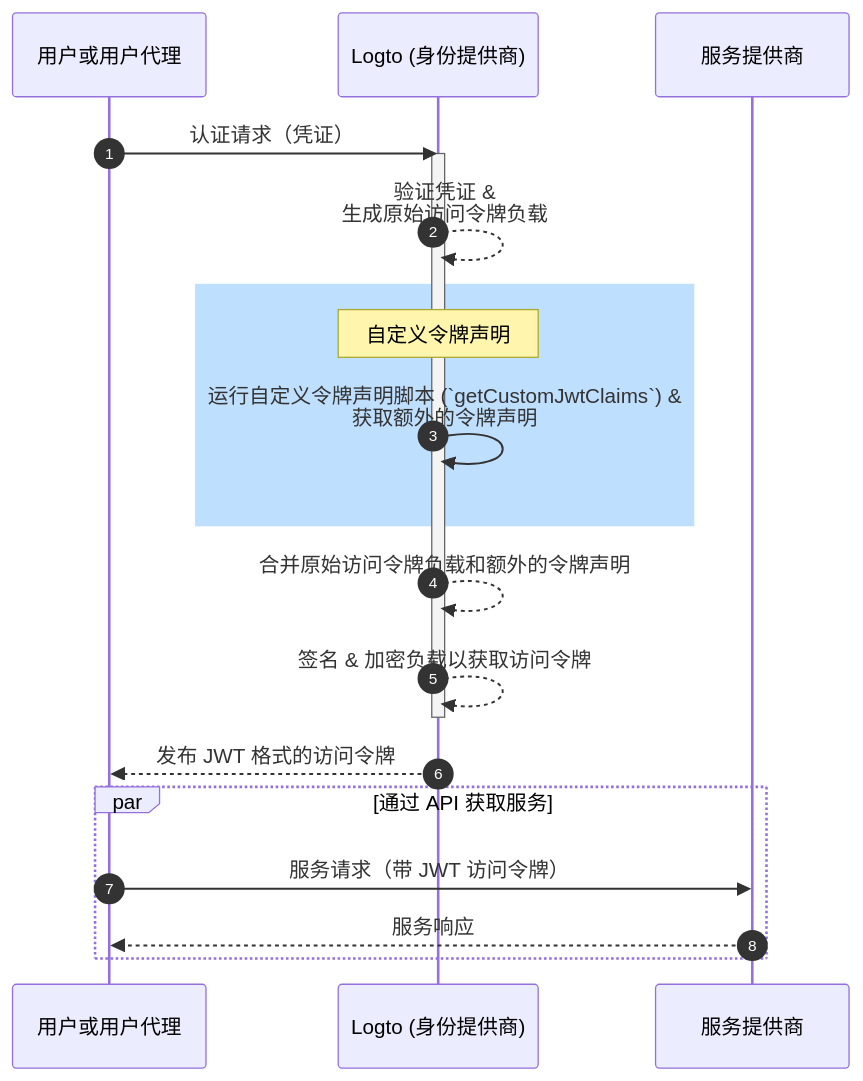
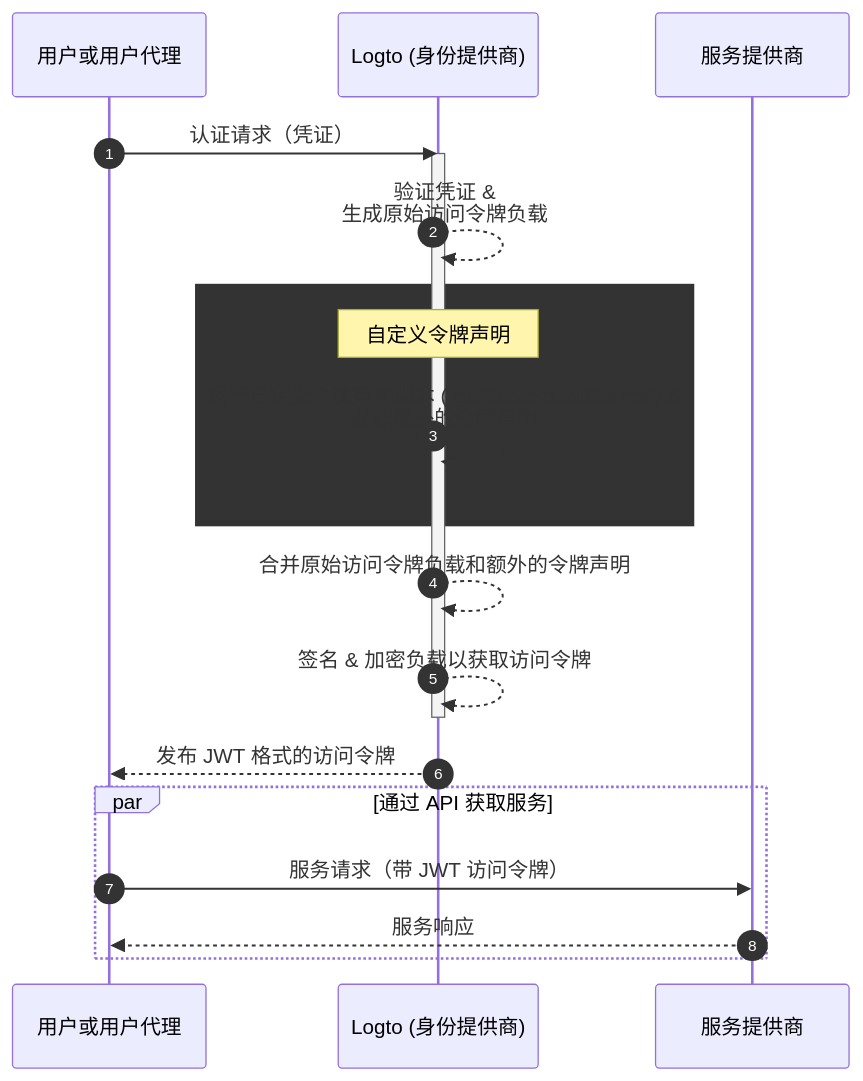
One commit to logto-io/docs changed the diagram in i18n/zh-CN/docusaurus-plugin-content-docs/current/developers/custom-token-claims/README.mdx. Above: the diagram before and after it, drawn with Mermaid. The commit also changed 7 other files, not shown here.

````diff
--- a/i18n/zh-CN/docusaurus-plugin-content-docs/current/developers/custom-token-claims/README.mdx
+++ b/i18n/zh-CN/docusaurus-plugin-content-docs/current/developers/custom-token-claims/README.mdx
@@ -24,23 +24,23 @@
 ```mermaid
 sequenceDiagram
   participant U as 用户或用户代理
   participant IdP as  Logto (身份提供商)
   participant SP as 服务提供商
 
   autonumber
   U ->> IdP: 认证请求（凭证）
   activate IdP
   IdP-->>IdP: 验证凭证 &<br/>生成原始访问令牌负载
-  rect rgb(191, 223, 255)
+  rect var(--mermaid-rect-fill)
   note over IdP: 自定义令牌声明
   IdP->>IdP: 运行自定义令牌声明脚本 (`getCustomJwtClaims`) &<br/>获取额外的令牌声明
   end
   IdP-->>IdP: 合并原始访问令牌负载和额外的令牌声明
   IdP-->>IdP: 签名 & 加密负载以获取访问令牌
   deactivate IdP
   IdP-->>U: 发布 JWT 格式的访问令牌
   par 通过 API 获取服务
   U->>SP: 服务请求（带 JWT 访问令牌）
   SP-->>U: 服务响应
   end
 ```
````
